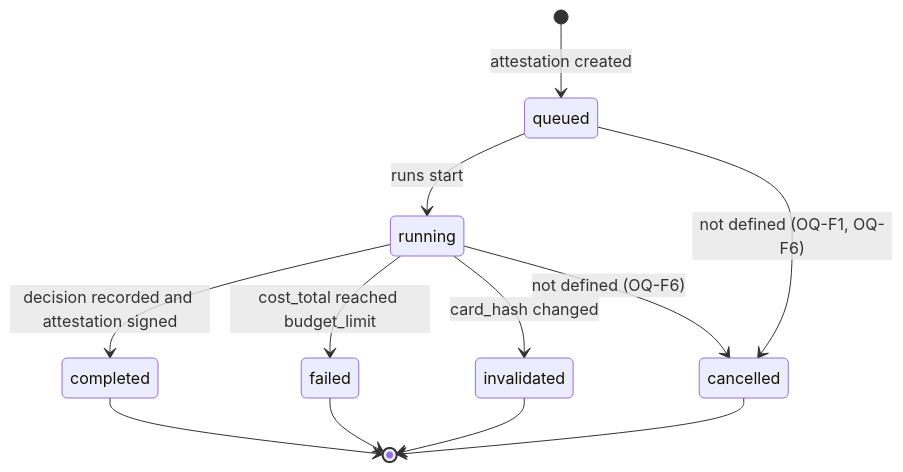
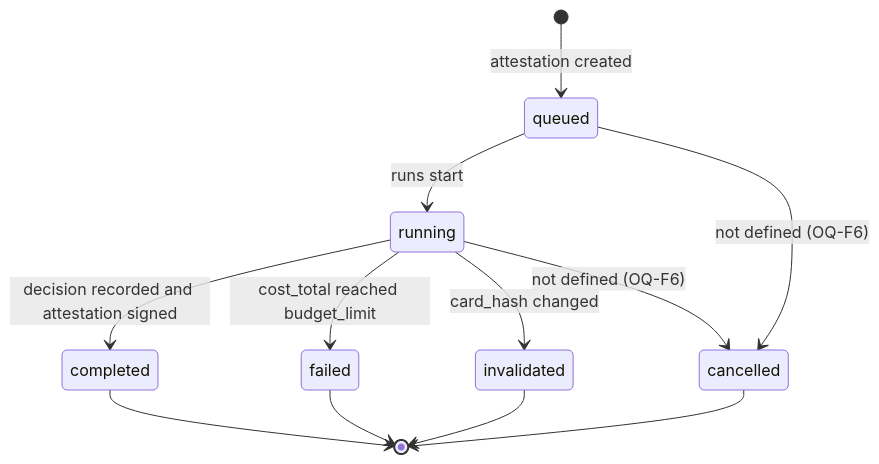
The second of 2 diagrams in docs/FLOW.md (Suncly-Tech/Suncly), drawn with Mermaid before and after one commit. The commit also changed other lines of this file and 8 other files, not shown here.

````diff
--- a/docs/FLOW.md
+++ b/docs/FLOW.md
@@ -202,14 +204,14 @@
 ```mermaid
 stateDiagram-v2
     [*] --> queued: attestation created
     queued --> running: runs start
     running --> completed: decision recorded and attestation signed
     running --> failed: cost_total reached budget_limit
     running --> invalidated: card_hash changed
-    queued --> cancelled: not defined (OQ-F1, OQ-F6)
+    queued --> cancelled: not defined (OQ-F6)
     running --> cancelled: not defined (OQ-F6)
     completed --> [*]
     failed --> [*]
     invalidated --> [*]
     cancelled --> [*]
 ```
````
